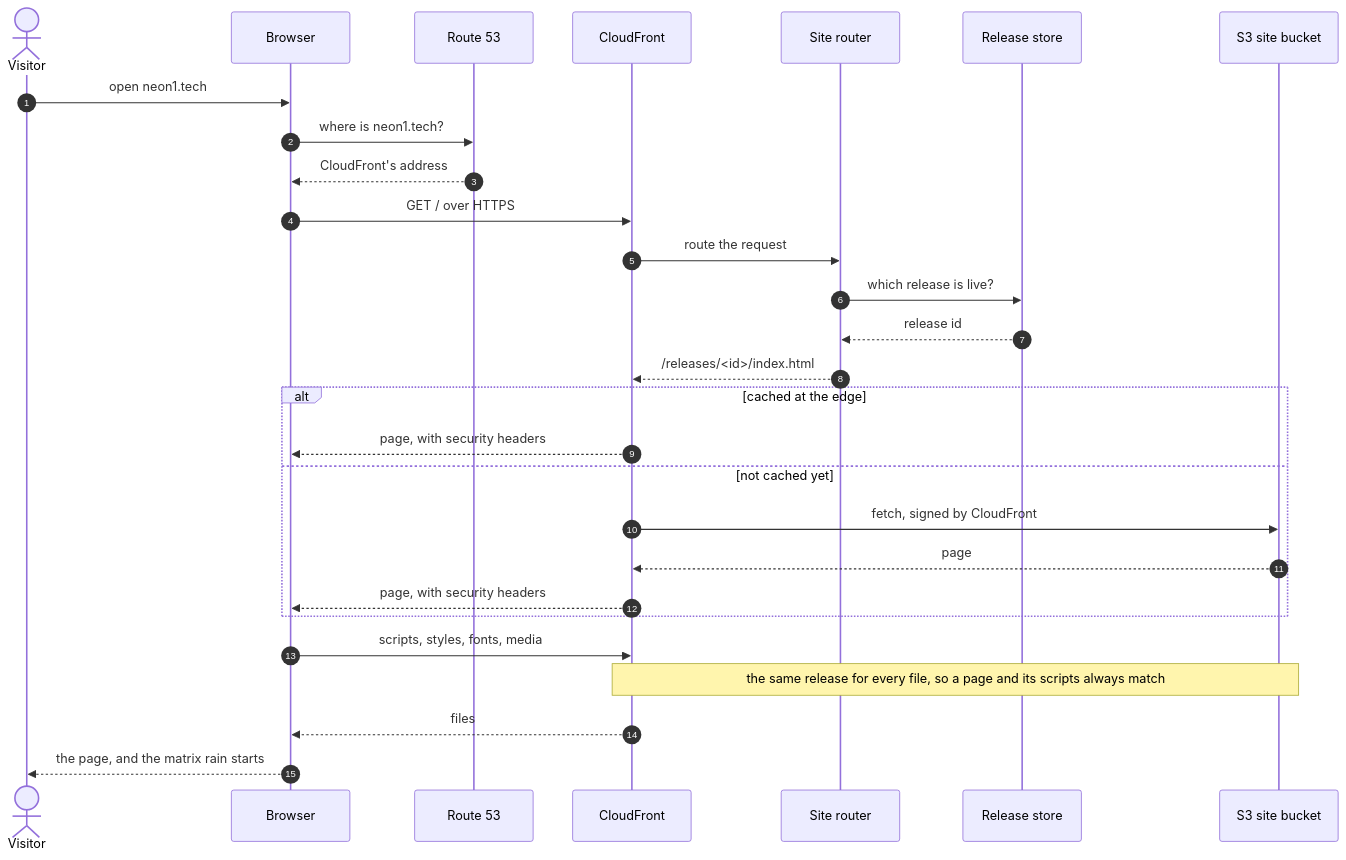
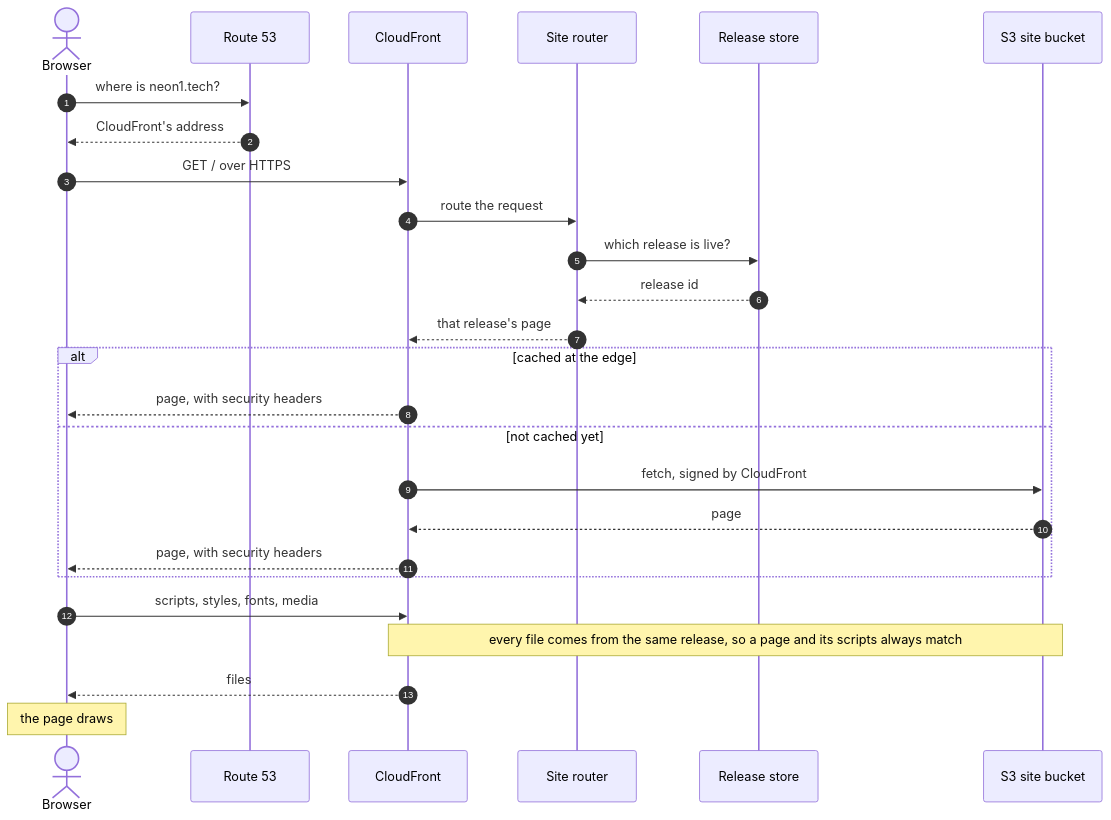
The third of 8 diagrams in corpus/company/architecture.md (neon1llc/neon1-corpus), drawn with Mermaid before and after one commit. The commit also changed other lines of this file and 17 other files, not shown here.

Commit message:
Render architecture diagrams standalone and fit them to phones

````diff
--- a/corpus/company/architecture.md
+++ b/corpus/company/architecture.md
@@ -102,31 +82,29 @@
 ```mermaid
-%% alt: Sequence diagram of a visit. The browser asks Route 53 for neon1.tech and gets CloudFront's address. It requests the page from CloudFront. The site router function reads the live release from the release store and rewrites the address into that release's folder. CloudFront returns a cached copy or fetches it from the private S3 bucket, adding security headers. The browser then loads the page's scripts, styles, fonts, and media the same way, all from the same release, and starts the matrix rain.
+%% alt: Sequence diagram of a visit. The browser opens neon1.tech. It asks Route 53 for the address and gets CloudFront's address. It requests the page from CloudFront. The site router function reads the live release from the release store and rewrites the address into that release's folder. CloudFront returns a cached copy or fetches it from the private S3 bucket, adding security headers. The browser then loads the page's scripts, styles, fonts, and media the same way, all from the same release, and draws the page.
 sequenceDiagram
   autonumber
-  actor V as Visitor
-  participant B as Browser
+  actor B as Browser
   participant R as Route 53
   participant C as CloudFront
   participant F as Site router
   participant K as Release store
   participant S as S3 site bucket
-  V->>B: open neon1.tech
   B->>R: where is neon1.tech?
   R-->>B: CloudFront's address
   B->>C: GET / over HTTPS
   C->>F: route the request
   F->>K: which release is live?
   K-->>F: release id
-  F-->>C: /releases/<id>/index.html
+  F-->>C: that release's page
   alt cached at the edge
     C-->>B: page, with security headers
   else not cached yet
     C->>S: fetch, signed by CloudFront
     S-->>C: page
     C-->>B: page, with security headers
   end
   B->>C: scripts, styles, fonts, media
-  Note over C,S: the same release for every file, so a page and its scripts always match
+  Note over C,S: every file comes from the same release, so a page and its scripts always match
   C-->>B: files
-  B-->>V: the page, and the matrix rain starts
+  Note over B: the page draws
 ```
````
